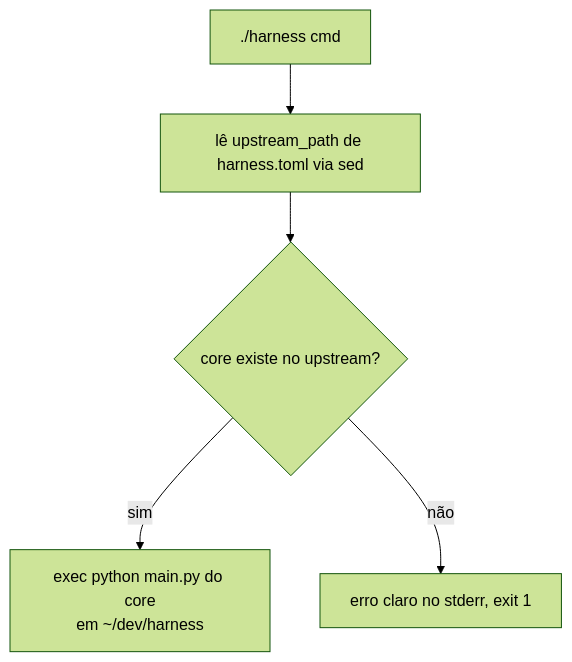
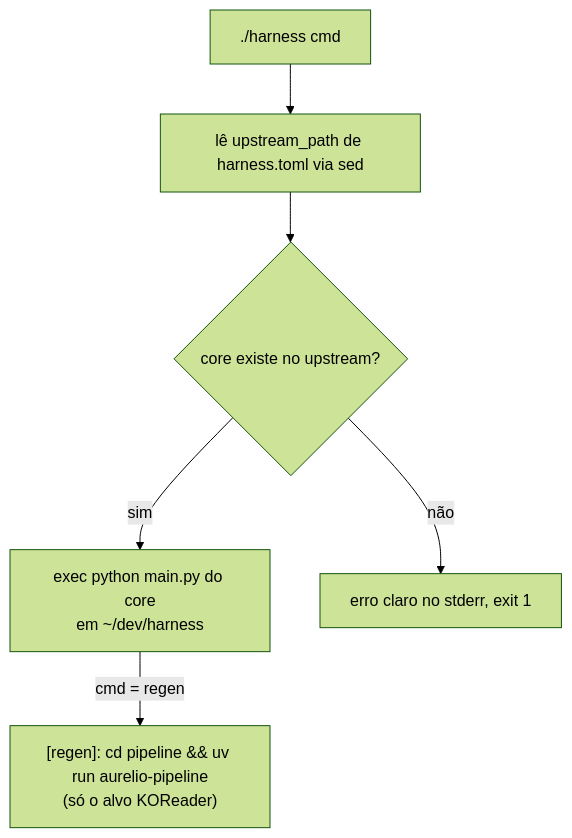
The second of 3 diagrams in _reversa_sdd/flowcharts/governanca-operacional.md (iago-leal/inculto-e-belo), drawn with Mermaid (forest theme) before and after one commit. The commit also changed other lines of this file and 56 other files, not shown here.

````diff
--- a/_reversa_sdd/flowcharts/governanca-operacional.md
+++ b/_reversa_sdd/flowcharts/governanca-operacional.md
@@ -17,7 +21,8 @@
 ```mermaid
 flowchart TD
     H[./harness cmd] --> S[lê upstream_path de harness.toml via sed]
     S --> V{core existe no upstream?}
     V -- sim --> X[exec python main.py do core<br/>em ~/dev/harness]
     V -- não --> E[erro claro no stderr, exit 1]
+    X -- "cmd = regen" --> RG["[regen]: cd pipeline && uv run aurelio-pipeline<br/>(só o alvo KOReader)"]
 ```
````
